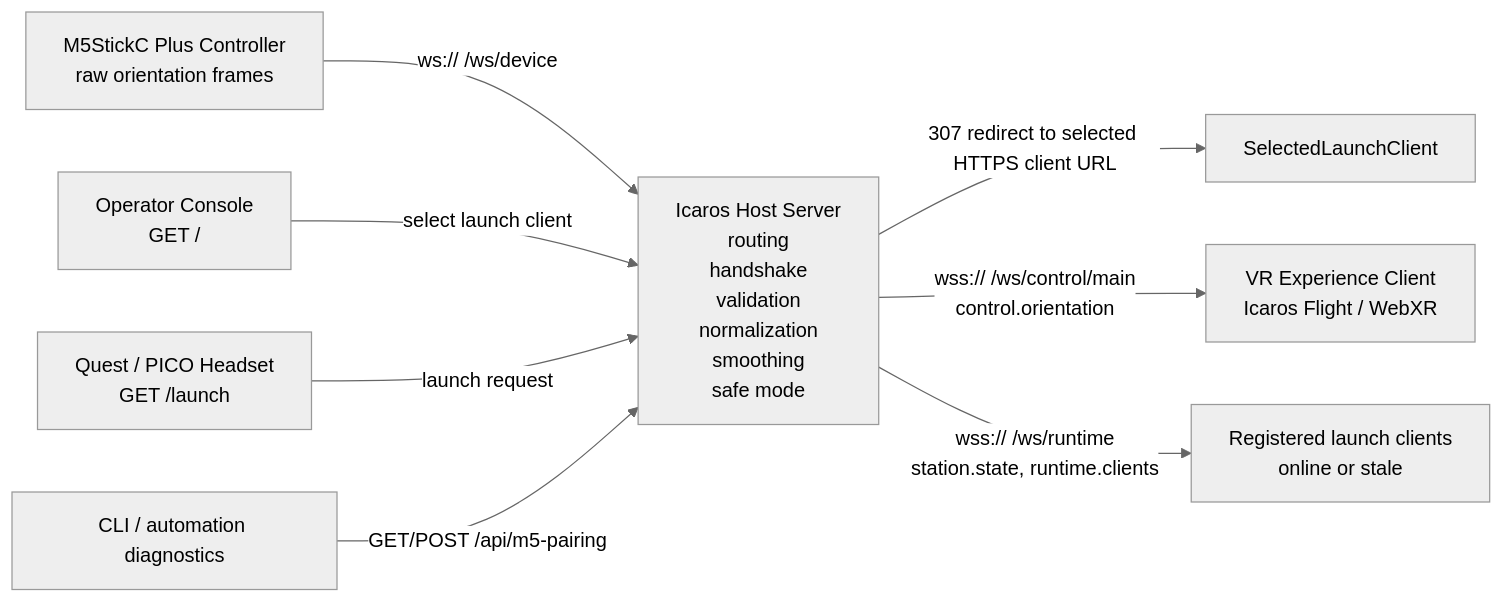
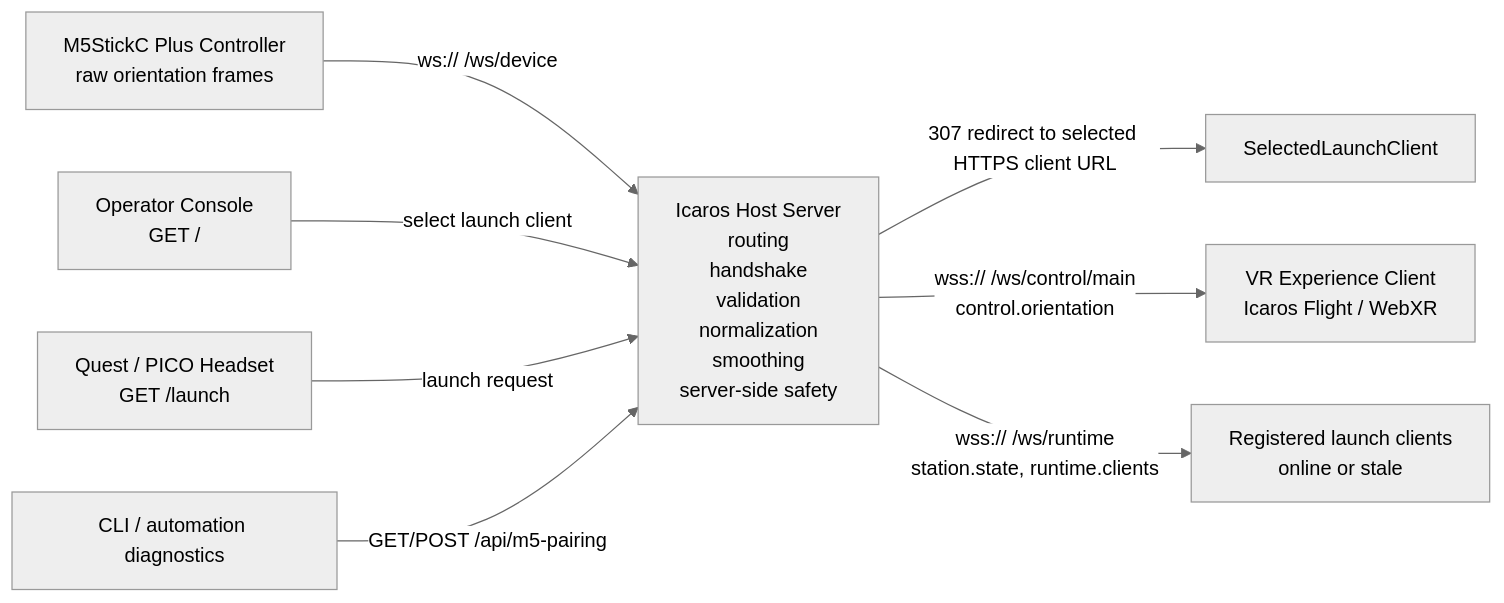
Before and after one commit to dweigend/Icaros_Host: the diagram in README.md, drawn with Mermaid (neutral theme). The commit also changed other lines of this file and 20 other files, not shown here.

Commit message:
refactor(control): 🛡️ move safety server-side

````diff
--- a/README.md
+++ b/README.md
@@ -21,13 +21,13 @@
 ```mermaid
 flowchart LR
     M5["M5StickC Plus Controller<br/>raw orientation frames"] -->|"ws:// /ws/device"| Host
     Operator["Operator Console<br/>GET /"] -->|"select launch client"| Host
     Quest["Quest / PICO Headset<br/>GET /launch"] -->|"launch request"| Host
 
-    Host["Icaros Host Server<br/>routing<br/>handshake<br/>validation<br/>normalization<br/>smoothing<br/>safe mode"]
+    Host["Icaros Host Server<br/>routing<br/>handshake<br/>validation<br/>normalization<br/>smoothing<br/>server-side safety"]
 
     Host -->|"307 redirect to selected HTTPS client URL"| SelectedLaunchClient
     Host -->|"wss:// /ws/control/main<br/>control.orientation"| ControlClient["VR Experience Client<br/>Icaros Flight / WebXR"]
     Host -->|"wss:// /ws/runtime<br/>station.state, runtime.clients"| OtherClients["Registered launch clients<br/>online or stale"]
     Diagnostics["CLI / automation diagnostics"] -->|"GET/POST /api/m5-pairing"| Host
 ```
````
